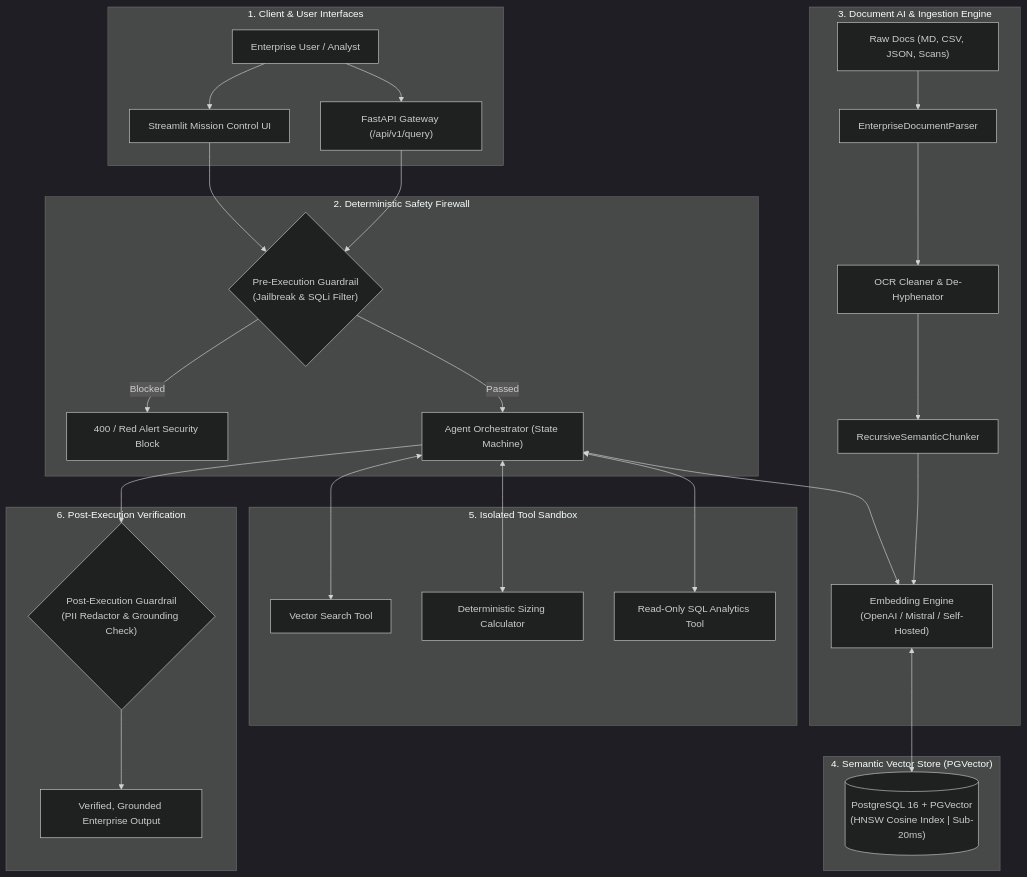
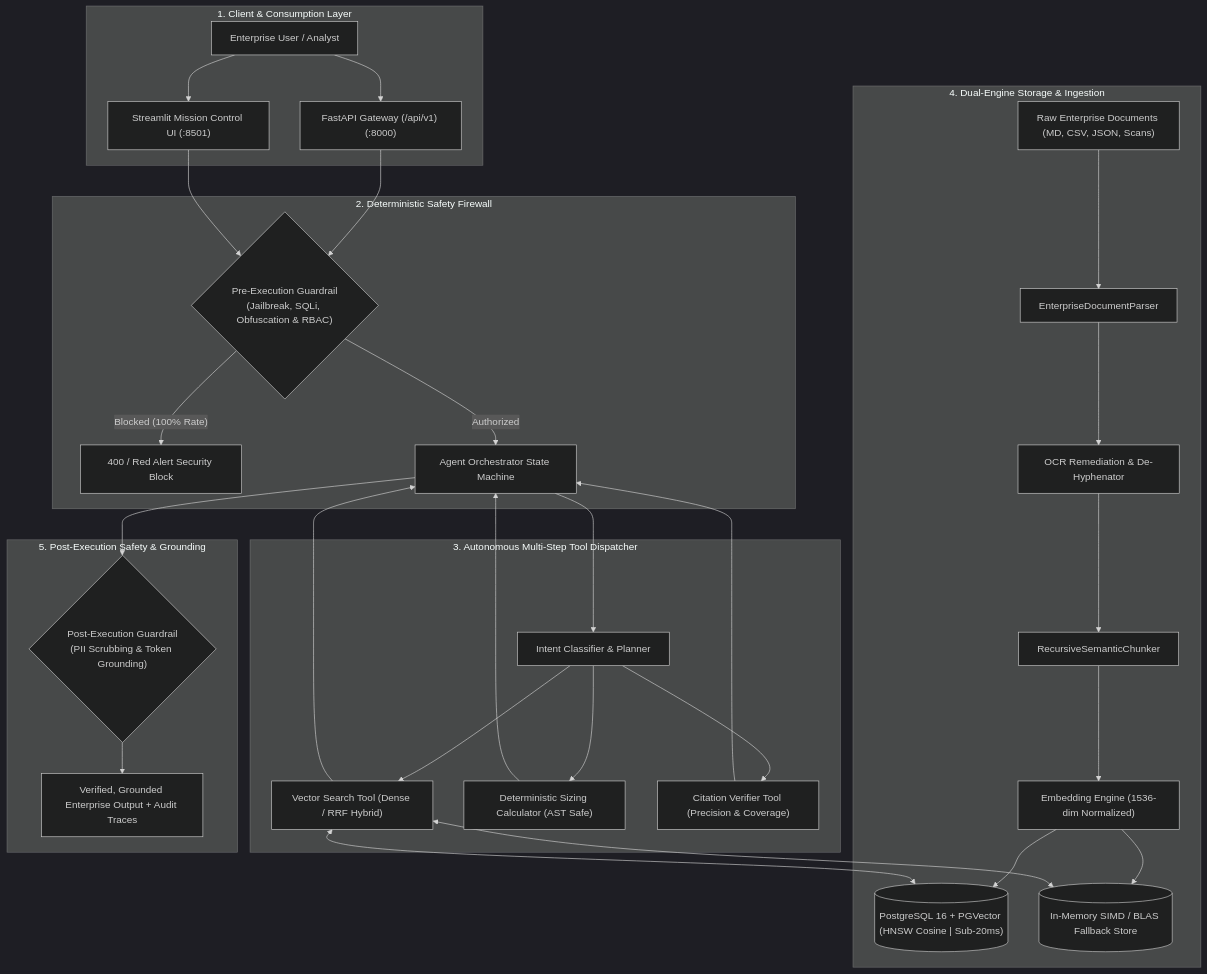
Before and after one commit to Sugumaran-Balasubramaniyan/enterprise-agentic-rag: the first of 2 diagrams in README.md, drawn with Mermaid (dark theme). The commit also changed other lines of this file and 5 other files, not shown here.

````diff
--- a/README.md
+++ b/README.md
@@ -17,41 +17,42 @@
 ```mermaid
 flowchart TD
-    subgraph ClientLayer ["1. Client & User Interfaces"]
-        U["Enterprise User / Analyst"] --> ST["Streamlit Mission Control UI"]
-        U --> GW["FastAPI Gateway (/api/v1/query)"]
+    subgraph ClientLayer ["1. Client & Consumption Layer"]
+        U["Enterprise User / Analyst"] --> ST["Streamlit Mission Control UI (:8501)"]
+        U --> GW["FastAPI Gateway (/api/v1) (:8000)"]
     end
 
-    subgraph SecurityBoundary ["2. Deterministic Safety Firewall"]
+    subgraph SecurityFirewall ["2. Deterministic Safety Firewall"]
         GW --> G1{"Pre-Execution Guardrail
-(Jailbreak & SQLi Filter)"}
+(Jailbreak, SQLi, Obfuscation & RBAC)"}
         ST --> G1
-        G1 -- Blocked --> ERR["400 / Red Alert Security Block"]
-        G1 -- Passed --> AO["Agent Orchestrator (State Machine)"]
+        G1 -- Blocked (100% Rate) --> ERR["400 / Red Alert Security Block"]
+        G1 -- Authorized --> AO["Agent Orchestrator State Machine"]
     end
 
-    subgraph DocumentAI ["3. Document AI & Ingestion Engine"]
-        DOCS["Raw Docs (MD, CSV, JSON, Scans)"] --> DP["EnterpriseDocumentParser"]
-        DP --> OCR["OCR Cleaner & De-Hyphenator"]
-        OCR --> CHK["RecursiveSemanticChunker"]
-        CHK --> EMB
+    subgraph AgentOrchestration ["3. Autonomous Multi-Step Tool Dispatcher"]
+        AO --> CLF["Intent Classifier & Planner"]
+        CLF --> T1["Vector Search Tool (Dense / RRF Hybrid)"]
+        CLF --> T2["Deterministic Sizing Calculator (AST Safe)"]
+        CLF --> T3["Citation Verifier Tool (Precision & Coverage)"]
+        T1 --> AO
+        T2 --> AO
+        T3 --> AO
     end
 
-    subgraph RetrievalLayer ["4. Semantic Vector Store (PGVector)"]
-        AO <--> EMB["Embedding Engine
-(OpenAI / Mistral / Self-Hosted)"]
-        EMB <--> PG[("PostgreSQL 16 + PGVector
-(HNSW Cosine Index | Sub-20ms)")]
+    subgraph DataAndRetrieval ["4. Dual-Engine Storage & Ingestion"]
+        DOCS["Raw Enterprise Documents (MD, CSV, JSON, Scans)"] --> DP["EnterpriseDocumentParser"]
+        DP --> OCR["OCR Remediation & De-Hyphenator"]
+        OCR --> CHK["RecursiveSemanticChunker"]
+        CHK --> EMB["Embedding Engine (1536-dim Normalized)"]
+        EMB --> PG[("PostgreSQL 16 + PGVector (HNSW Cosine | Sub-20ms)")]
+        EMB --> MEM[("In-Memory SIMD / BLAS Fallback Store")]
+        T1 <--> PG
+        T1 <--> MEM
     end
 
-    subgraph ExecutionLayer ["5. Isolated Tool Sandbox"]
-        AO <--> T1["Vector Search Tool"]
-        AO <--> T2["Deterministic Sizing Calculator"]
-        AO <--> T3["Read-Only SQL Analytics Tool"]
-    end
-
-    subgraph VerificationLayer ["6. Post-Execution Verification"]
+    subgraph PostExecutionVerification ["5. Post-Execution Safety & Grounding"]
         AO --> G2{"Post-Execution Guardrail
-(PII Redactor & Grounding Check)"}
-        G2 --> OUT["Verified, Grounded Enterprise Output"]
+(PII Scrubbing & Token Grounding)"}
+        G2 --> OUT["Verified, Grounded Enterprise Output + Audit Traces"]
     end
 ```
````
